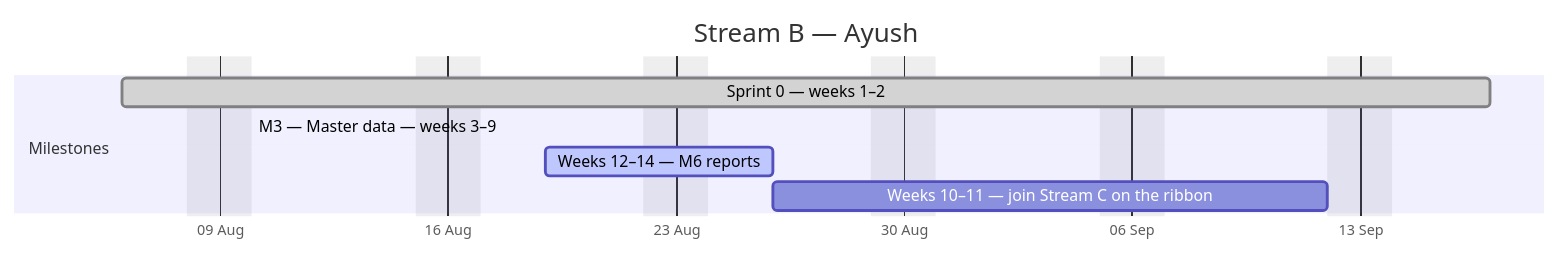
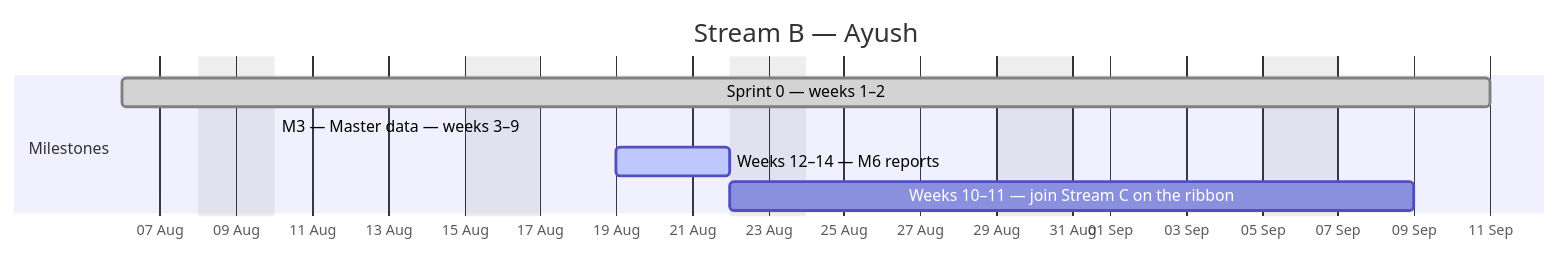
One commit to debashisedunext/EduTrack changed the second of 4 diagrams in docs/plan/GANTT.md. Above: the diagram before and after it, drawn with Mermaid. The commit also changed other lines of this file and 3 other files, not shown here.

````diff
--- a/docs/plan/GANTT.md
+++ b/docs/plan/GANTT.md
@@ -105,12 +104,12 @@
 ```mermaid
 gantt
     dateFormat YYYY-MM-DD
     axisFormat %d %b
     title Stream B — Ayush
     excludes weekends
     section Milestones
-    Sprint 0 — weeks 1–2 :done, b0, 2026-08-06, 30d
-    M3 — Master data — weeks 3–9 :active, b1, 2026-08-10, -7d
-    Weeks 12–14 — M6 reports :active, b2, 2026-08-19, 5d
-    Weeks 10–11 — join Stream C on the ribbon :b3, 2026-08-26, 13d
+    Sprint 0 — weeks 1–2 :done, b0, 2026-08-06, 26d
+    M3 — Master data — weeks 3–9 :active, b1, 2026-08-10, -5d
+    Weeks 12–14 — M6 reports :active, b2, 2026-08-19, 3d
+    Weeks 10–11 — join Stream C on the ribbon :b3, 2026-08-22, 13d
 ```
````
